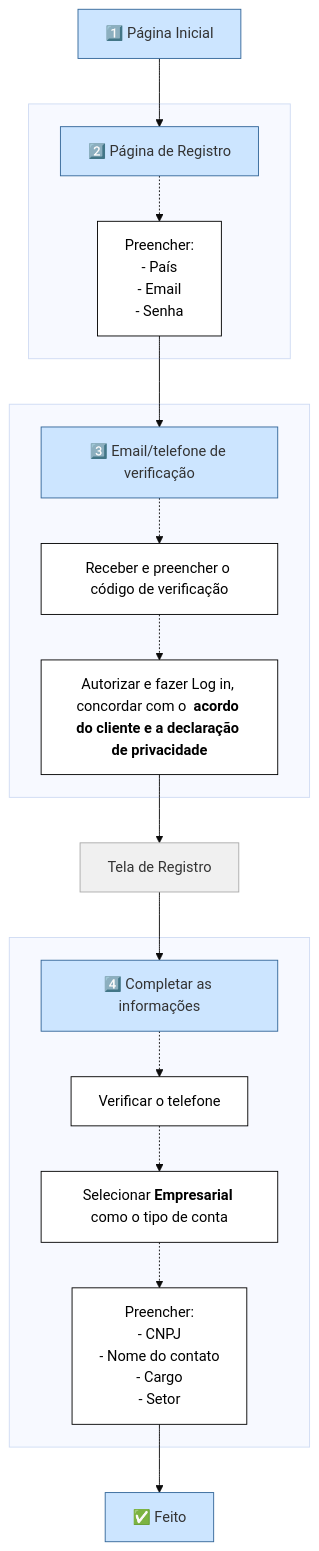
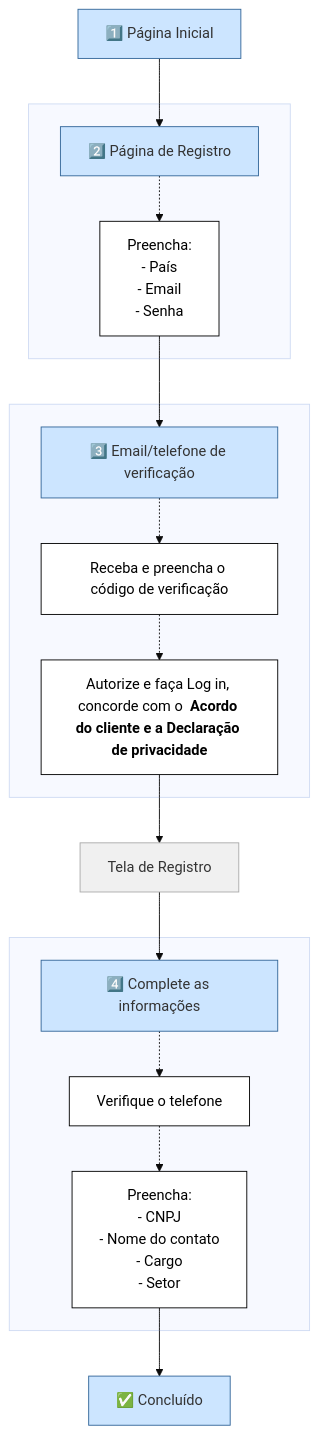
Before and after one commit to Gabriel-Chacon/huaweicloud-knowledge-base: the diagram in docs/user-support/my-account/customer-registration.pt.md, drawn with Mermaid (base theme). The commit also changed other lines of this file and 1 other file, not shown here.

```diff
--- a/docs/user-support/my-account/customer-registration.pt.md
+++ b/docs/user-support/my-account/customer-registration.pt.md
@@ -28,35 +31,34 @@
 <pre class="mermaid">
 flowchart TD
     %% Main Flow
     A["1️⃣ Página Inicial"] --> B["2️⃣ Página de Registro"]
 
     subgraph Z[" "]
-        B -.-> B1["Preencher:<br>- País<br>- Email<br>- Senha"]
+        B -.-> B1["Preencha:<br>- País<br>- Email<br>- Senha"]
     end
 
     subgraph ZA[" "]
         B1 --> C["3️⃣ Email/telefone de verificação"]
-        C -.-> C1["Receber e preencher o código de verificação"]
-        C1 -.-> C2["Autorizar e fazer Log in, concordar com o  <b>acordo do cliente e a declaração de privacidade</b>"]
+        C -.-> C1["Receba e preencha o código de verificação"]
+        C1 -.-> C2["Autorize e faça Log in, concorde com o  <b>Acordo do cliente e a Declaração de privacidade</b>"]
     end
 
     C2 --> D["Tela de Registro"]
-    D --> E["4️⃣ Completar as informações"]
+    D --> E["4️⃣ Complete as informações"]
 
     subgraph ZB[" "]
-        E -.-> E1["Verificar o telefone"]
-        E1 -.-> E2["Selecionar <b>Empresarial</b> como o tipo de conta"]
-        E2 -.-> E3["Preencher:<br>- CNPJ<br>- Nome do contato<br>- Cargo<br>- Setor"]
+        E -.-> E1["Verifique o telefone"]
+        E1 -.-> E3["Preencha:<br>- CNPJ<br>- Nome do contato<br>- Cargo<br>- Setor"]
     end
 
-    E3 --> F["✅ Feito"]
+    E3 --> F["✅ Concluído"]
 
     classDef main fill:#cce5ff,stroke:#336699,stroke-width:1px;
     classDef gray fill:#f0f0f0,stroke:#aaa;
     classDef red fill:#fff,stroke:#000,color:#a00,font-weight:bold;
     classDef white fill:#fff,stroke:#000,color:#000;
 
     class A,B,C,E,F main;
     class D gray;
-    class B1,C1,C2,E1,E2,E3 white;
+    class B1,C1,C2,E1,E3 white;
 </pre>
```
